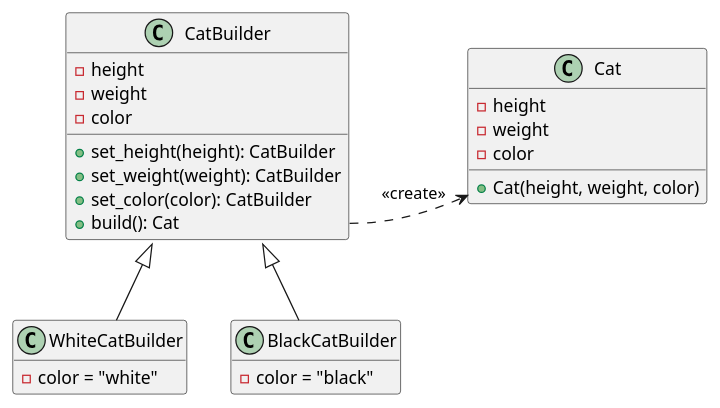
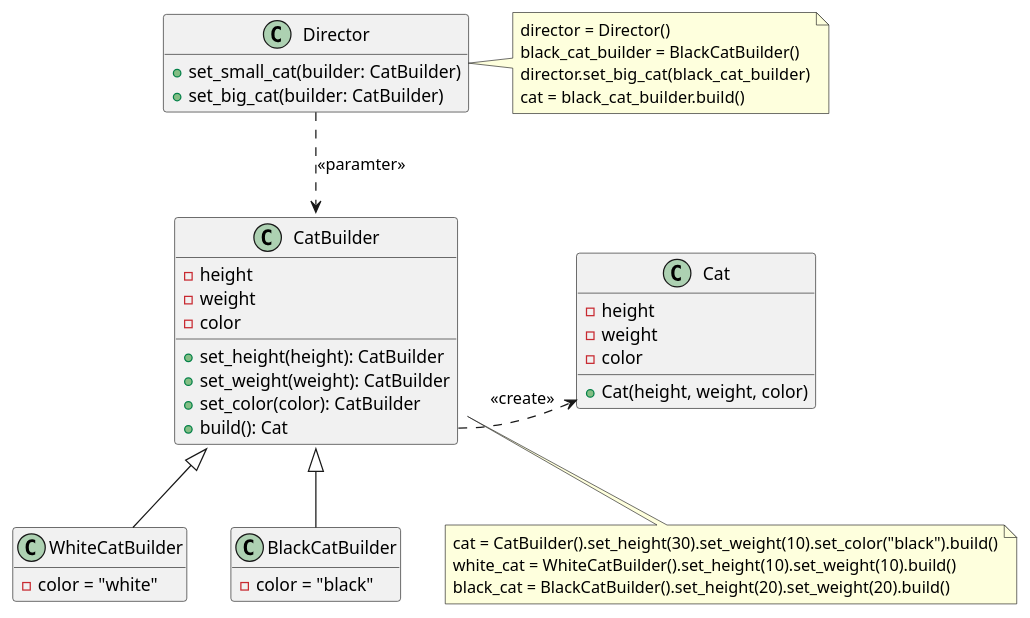
Before and after one commit to nampluskr/coding_study: the diagram in design_patterns_python/creation/builder/ui_builder.puml, drawn with PlantUML. The commit also changed 3 other files, not shown here.

```diff
--- a/design_patterns_python/creation/builder/ui_builder.puml
+++ b/design_patterns_python/creation/builder/ui_builder.puml
@@ -1,32 +1,54 @@
 @startuml
 
 class CatBuilder {
     - height
     - weight
     - color
     + set_height(height): CatBuilder
     + set_weight(weight): CatBuilder
     + set_color(color): CatBuilder
     + build(): Cat
 }
 
 class Cat {
     - height
     - weight
     - color
     + Cat(height, weight, color)
 }
 
 CatBuilder::build -right..> Cat : <<create>>
 
 class WhiteCatBuilder extends CatBuilder {
     - color = "white"
 }
 
 class BlackCatBuilder extends CatBuilder {
     - color = "black"
 }
 
+class Director {
+    + set_small_cat(builder: CatBuilder)
+    + set_big_cat(builder: CatBuilder)
+}
+
+Director -down.> CatBuilder : <<paramter>>
+
+note as N1
+director = Director()
+black_cat_builder = BlackCatBuilder()
+director.set_big_cat(black_cat_builder)
+cat = black_cat_builder.build()
+end note
+
+note as N2
+cat = CatBuilder().set_height(30).set_weight(10).set_color("black").build()
+white_cat = WhiteCatBuilder().set_height(10).set_weight(10).build()
+black_cat = BlackCatBuilder().set_height(20).set_weight(20).build()
+end note
+
+Director -right.. N1
+CatBuilder .. N2
 
 hide empty members
 @enduml
```
